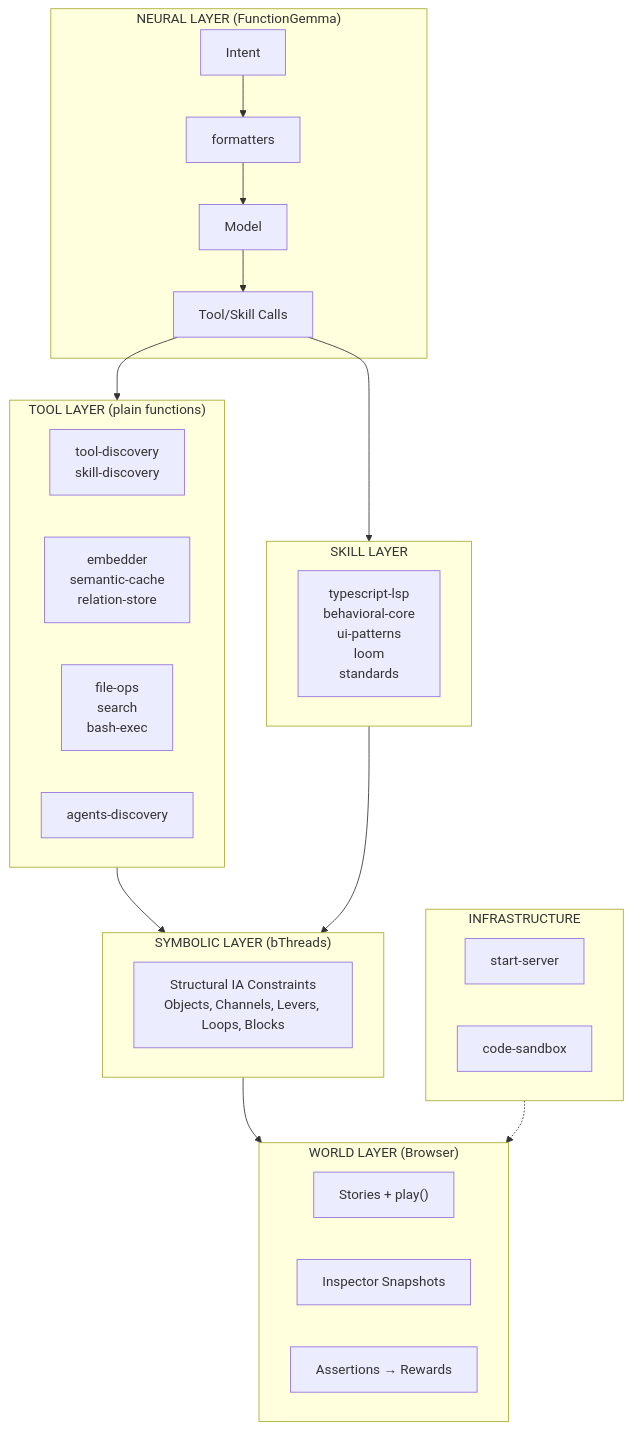
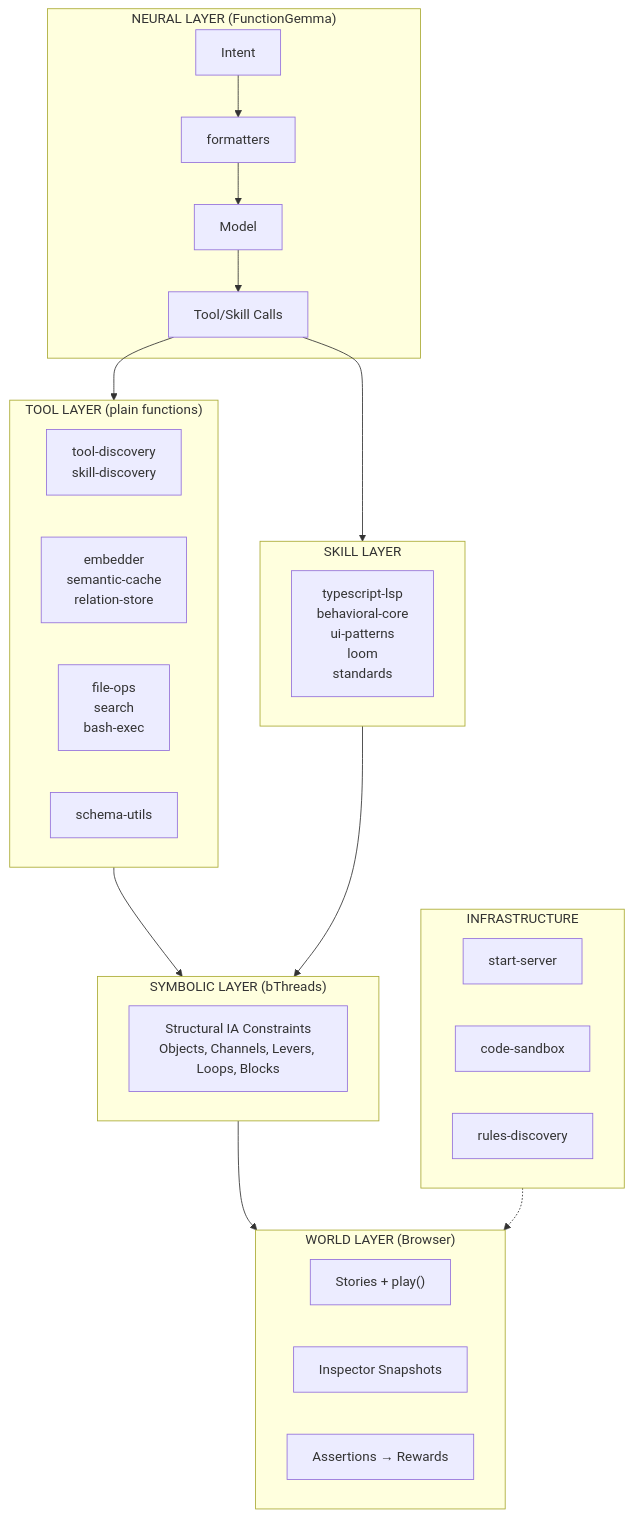
One commit to plaited/plaited changed the first of 2 diagrams in PLAITED-AGENT-PLAN.md. Above: the diagram before and after it, drawn with Mermaid. The commit also changed other lines of this file, not shown here.

First line of the commit message:
refactor(agent): update plan with rules-discovery architecture

````diff
--- a/PLAITED-AGENT-PLAN.md
+++ b/PLAITED-AGENT-PLAN.md
@@ -14,43 +14,44 @@
 ```mermaid
 flowchart TB
     subgraph Neural["NEURAL LAYER (FunctionGemma)"]
         Intent["Intent"]
         Formatters["formatters"]
         Model["Model"]
         Calls["Tool/Skill Calls"]
         Intent --> Formatters --> Model --> Calls
     end
 
     subgraph Tool["TOOL LAYER (plain functions)"]
         Discovery["tool-discovery<br/>skill-discovery"]
         Utils["embedder<br/>semantic-cache<br/>relation-store"]
         FileOps["file-ops<br/>search<br/>bash-exec"]
-        AgentsDisc["agents-discovery"]
+        SchemaUtils["schema-utils"]
     end
 
     subgraph Skill["SKILL LAYER"]
         Skills["typescript-lsp<br/>behavioral-core<br/>ui-patterns<br/>loom<br/>standards"]
     end
 
     subgraph Symbolic["SYMBOLIC LAYER (bThreads)"]
         Constraints["Structural IA Constraints<br/>Objects, Channels, Levers, Loops, Blocks"]
     end
 
     subgraph World["WORLD LAYER (Browser)"]
         Stories["Stories + play()"]
         Inspector["Inspector Snapshots"]
         Assertions["Assertions → Rewards"]
     end
 
     subgraph Infra["INFRASTRUCTURE"]
         StartServer["start-server"]
         Sandbox["code-sandbox"]
+        RulesDisc["rules-discovery"]
     end
 
     Calls --> Tool
     Calls --> Skill
     Tool --> Symbolic
     Skill --> Symbolic
     Symbolic --> World
     Infra -.-> World
 ```
````
